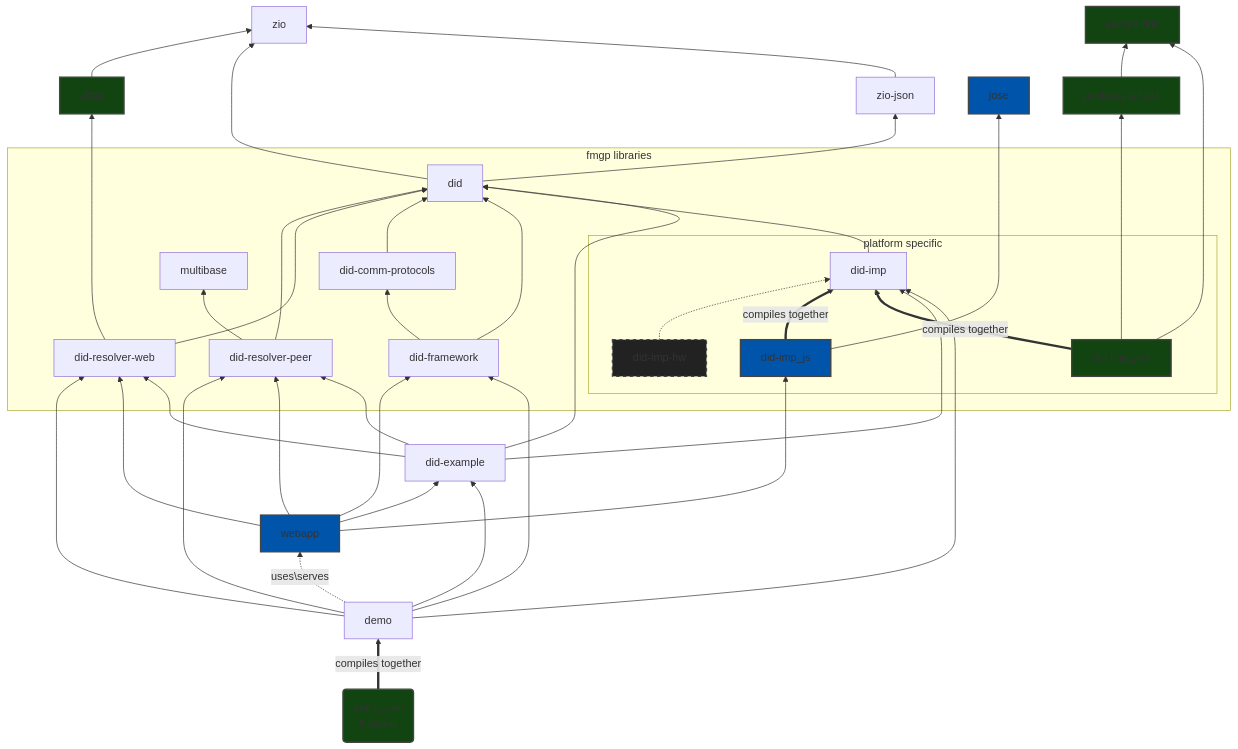
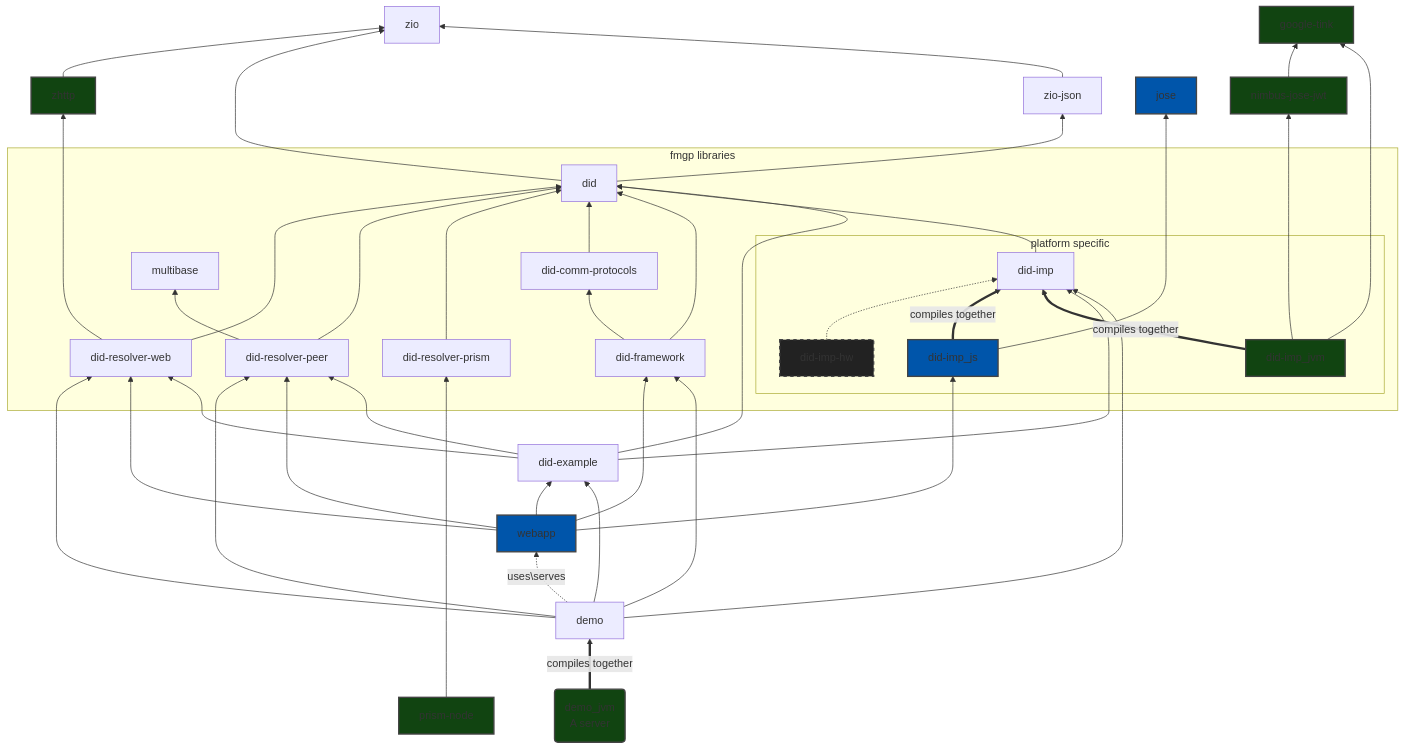
The diagram in README.md (FabioPinheiro/scala-did), drawn with Mermaid before and after one commit. The commit also changed other lines of this file and 9 other files, not shown here.

Commit message:
did-method-prism: rename $ cleanup

````diff
--- a/README.md
+++ b/README.md
@@ -78,57 +78,60 @@
 ```mermaid
 flowchart BT
 
   zhttp --> zio
   did --> zio
   zio-json --> zio
   did --> zio-json
   did-resolver-web ----> zhttp:::JVM
 
   subgraph fmgp libraries
     did-resolver-peer --> multibase
     subgraph platform specific
       did-imp
       did-imp-hw:::Others -.-> did-imp
       did-imp_js:::JS ==>|compiles together| did-imp
       did-imp_jvm:::JVM ==>|compiles together| did-imp
     end
+    did-resolver-web --> did
     did-resolver-peer --> did
-    did-resolver-web --> did
+    did-resolver-prism ---> did
     did-comm-protocols --> did
     did-framework --> did
     did-framework --> did-comm-protocols
     did-imp --> did
   end
+
+  prism-node:::JVM -----> did-resolver-prism
 
   did-example ----> did
   did-example --> did-imp
   demo --> did-imp 
 
   did-imp_jvm:::JVM ----> nimbus-jose-jwt:::JVM --> google-tink:::JVM
   did-imp_jvm:::JVM ---> google-tink
 
   did-imp_js ----> jose:::JS
 
   %% subgraph demo/docs
     webapp:::JS --> did-framework
     demo --> did-framework
     demo --> did-resolver-web
     demo --> did-resolver-peer
     webapp:::JS --> did-imp_js
     webapp:::JS  --> did-resolver-web
     webapp:::JS  --> did-resolver-peer
     webapp:::JS  --> did-example
     demo  --> did-example
     demo -.->|uses\serves| webapp
 
     demo_jvm(demo_jvm\nA server):::JVM ==>|compiles together| demo
 
     did-example  --> did-resolver-peer
     did-example  --> did-resolver-web
   %% end
 
   classDef JVM fill:#141,stroke:#444,stroke-width:2px;
   classDef JS fill:#05a,stroke:#444,stroke-width:2px;
   classDef Others fill:#222,stroke:#444,stroke-width:2px,stroke-dasharray: 5 5;
 
 ```
````
